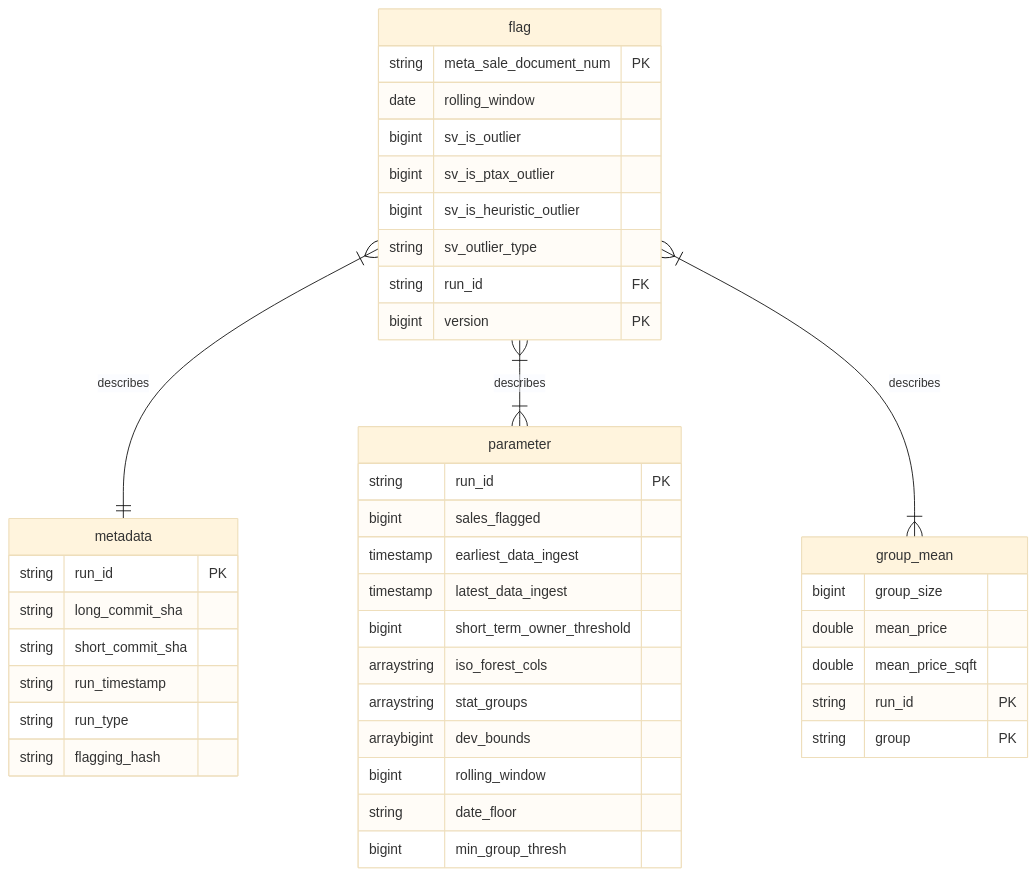
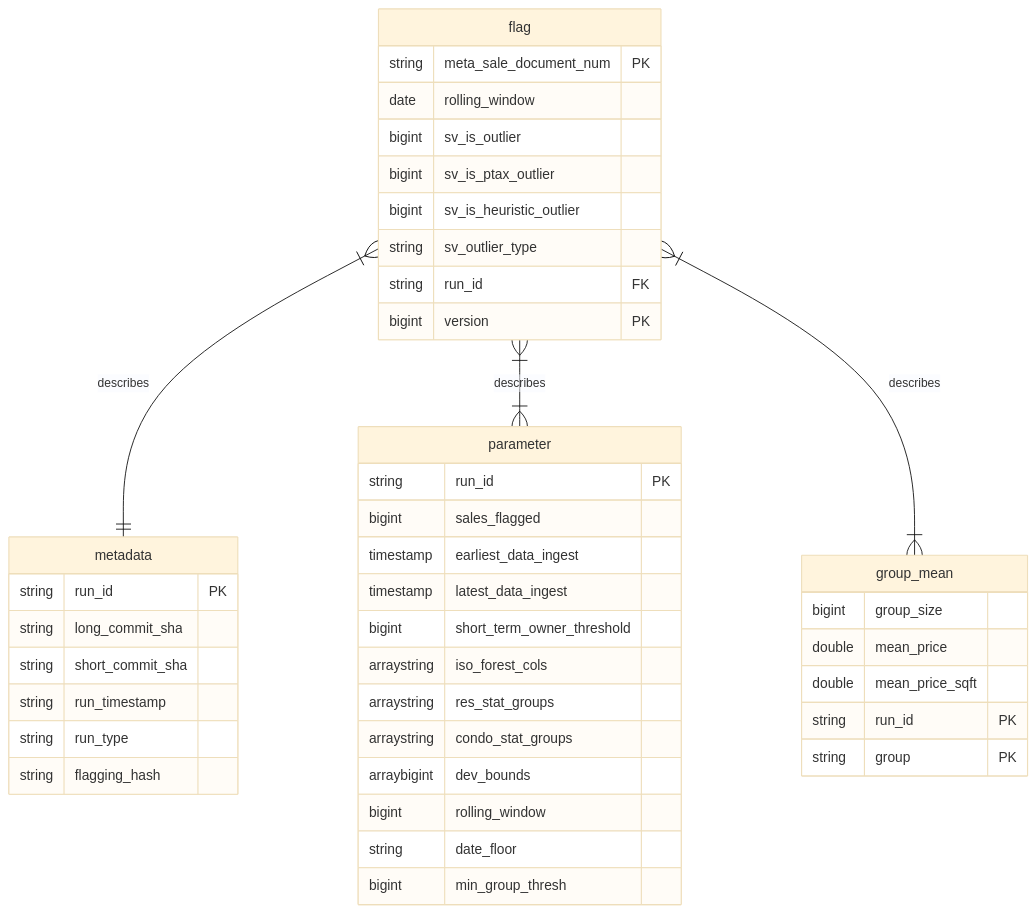
One commit to ccao-data/model-sales-val changed the second of 2 diagrams in README.md. Above: the diagram before and after it, drawn with Mermaid (base theme).

Commit message:
Add condo stat groups to parameter table in mermaid

````diff
--- a/README.md
+++ b/README.md
@@ -58,47 +58,48 @@
 ```mermaid
 erDiagram
     flag }|--|| metadata : describes
     flag }|--|{ parameter : describes
     flag }|--|{ group_mean : describes
 
     flag {
         string meta_sale_document_num PK
         date rolling_window
         bigint sv_is_outlier
         bigint sv_is_ptax_outlier
         bigint sv_is_heuristic_outlier
         string sv_outlier_type
         string run_id FK
         bigint version PK
 
     }
     metadata {
         string run_id PK
         string long_commit_sha
         string short_commit_sha
         string run_timestamp
         string run_type
         string flagging_hash
     }
     parameter {
         string run_id PK
         bigint sales_flagged
         timestamp earliest_data_ingest
         timestamp latest_data_ingest
         bigint short_term_owner_threshold
         arraystring iso_forest_cols
-        arraystring stat_groups
+        arraystring res_stat_groups
+        arraystring condo_stat_groups
         arraybigint dev_bounds
         bigint rolling_window
         string date_floor
         bigint min_group_thresh
     }
 
     group_mean {
         bigint group_size
         double mean_price
         double mean_price_sqft
         string run_id PK
         string group PK
     }
 ```
````
